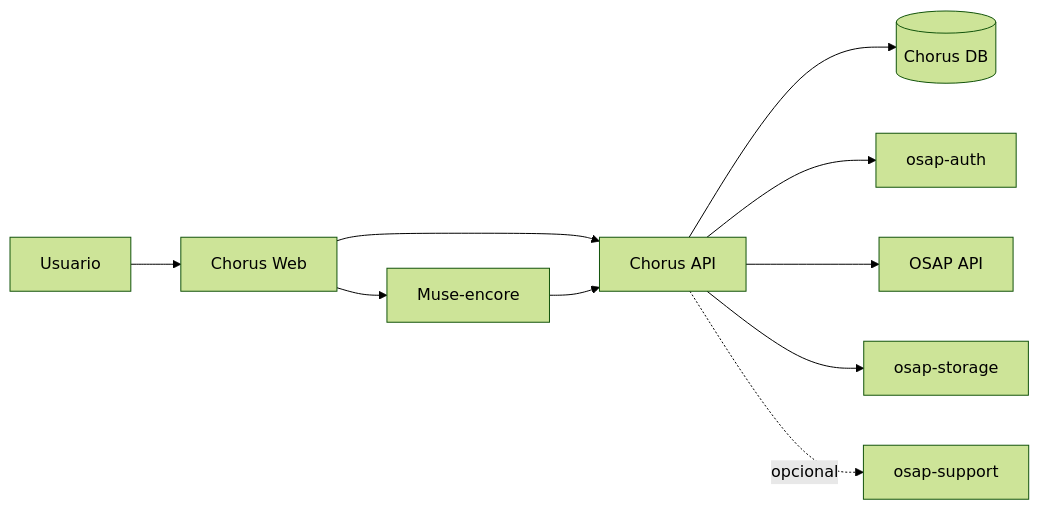
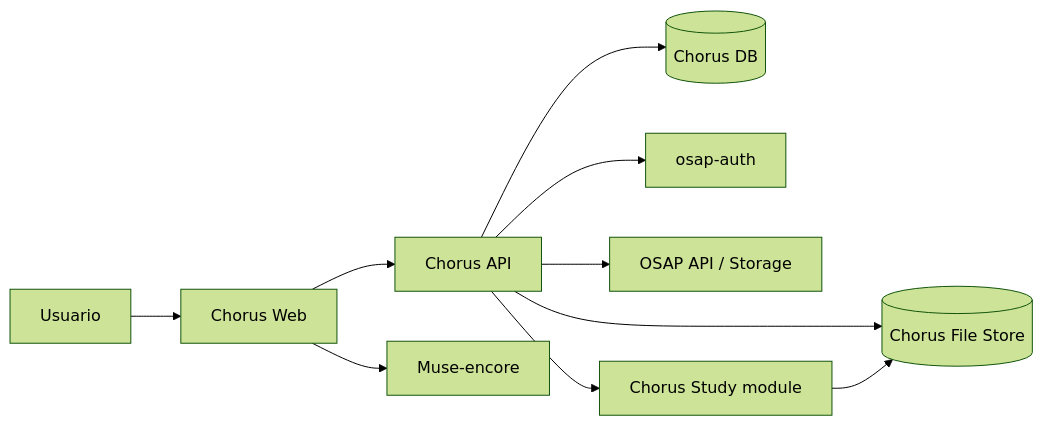
The diagram in docs/architecture.md (recursosformacion/ai_chorus), drawn with Mermaid (forest theme) before and after one commit. The commit also changed other lines of this file, not shown here.

Commit message:
Clarify Chorus independence and personal file storage

````diff
--- a/docs/architecture.md
+++ b/docs/architecture.md
@@ -24,12 +27,12 @@
 ```mermaid
 flowchart LR
     U[Usuario] --> UI[Chorus Web]
     UI --> API[Chorus API]
     API --> DB[(Chorus DB)]
+    API --> FS[(Chorus File Store)]
     API --> AUTH[osap-auth]
-    API --> OAPI[OSAP API]
-    API --> STORAGE[osap-storage]
+    API --> OAPI[OSAP API / Storage]
     UI --> EDITOR[Muse-encore]
-    EDITOR --> API
-    API -. opcional .-> SUPPORT[osap-support]
+    API --> STUDY[Chorus Study module]
+    STUDY --> FS
 ```
````
